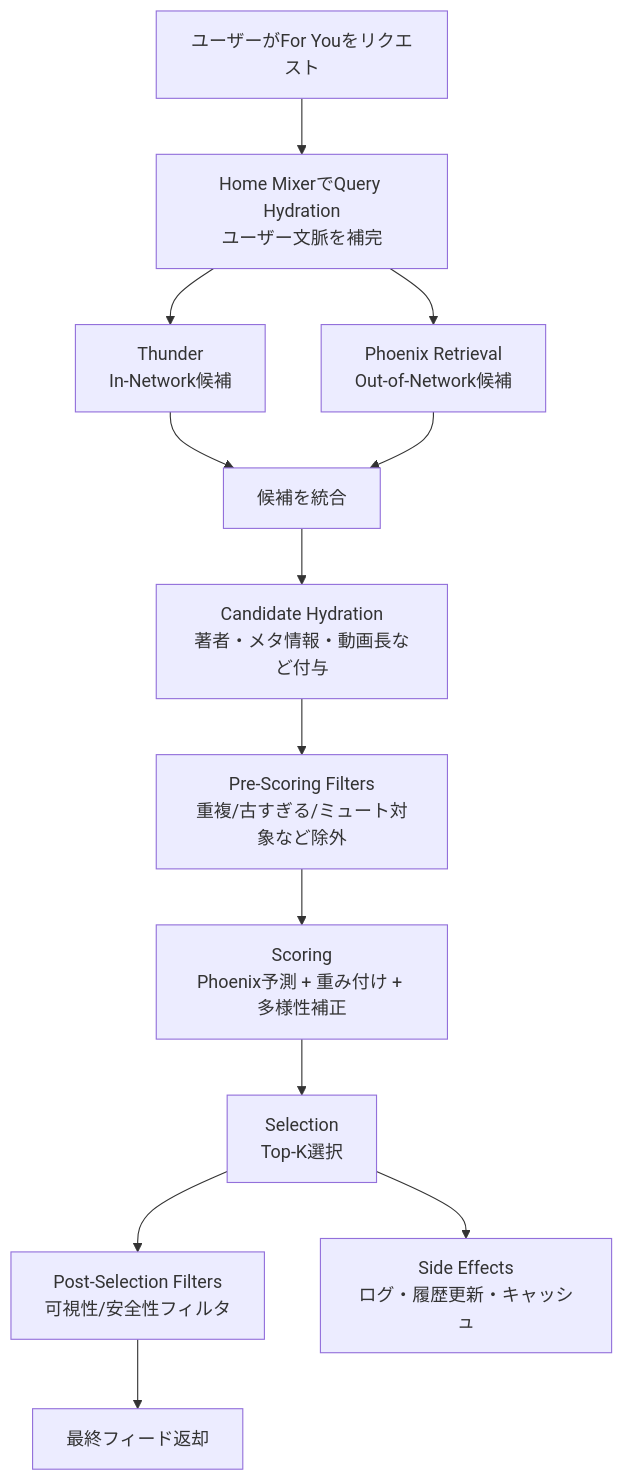
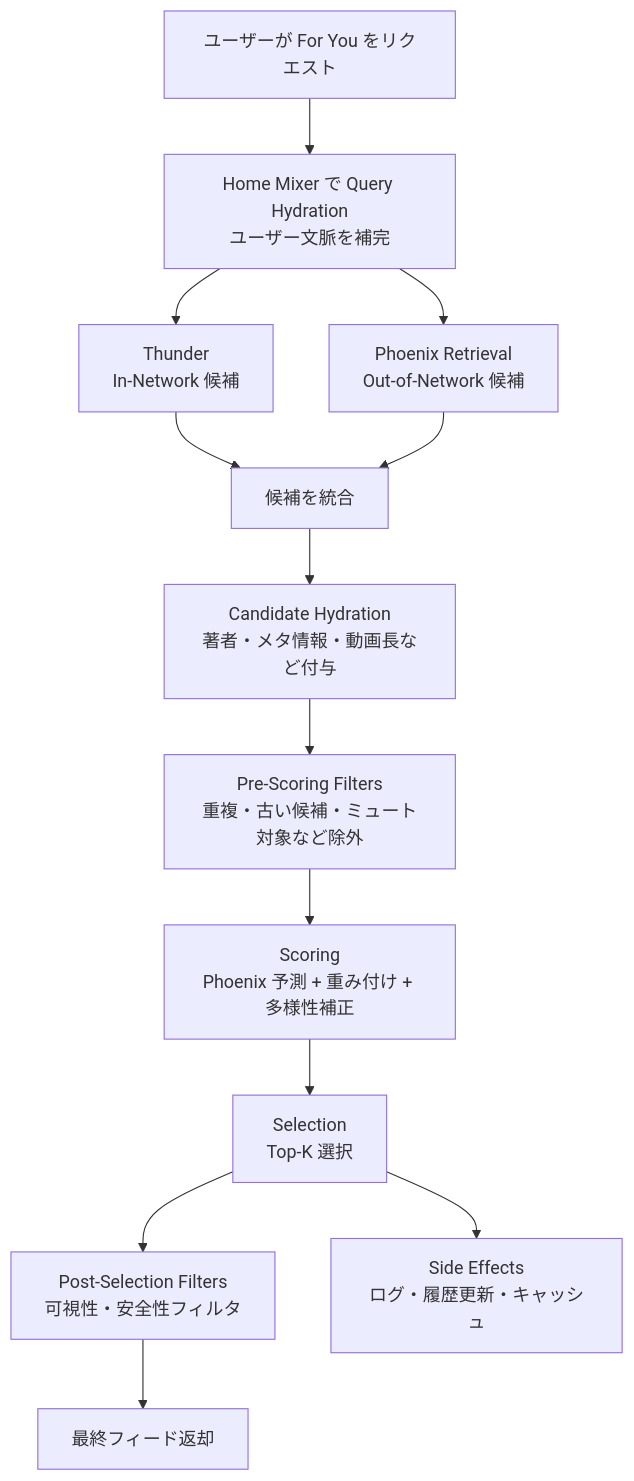
One commit to royunder84/x-algorithm changed the first of 3 diagrams in FOR_YOU_ALGORITHM_JA.md. Above: the diagram before and after it, drawn with Mermaid. The commit also changed other lines of this file, not shown here.

First line of the commit message:
docs: fix mermaid flowchart syntax in Japanese guide

````diff
--- a/FOR_YOU_ALGORITHM_JA.md
+++ b/FOR_YOU_ALGORITHM_JA.md
@@ -10,15 +10,15 @@
 ```mermaid
 flowchart TD
-    A[ユーザーがFor Youをリクエスト] --> B[Home MixerでQuery Hydration<br/>ユーザー文脈を補完]
-    B --> C1[Thunder<br/>In-Network候補]
-    B --> C2[Phoenix Retrieval<br/>Out-of-Network候補]
-    C1 --> D[候補を統合]
+    A["ユーザーが For You をリクエスト"] --> B["Home Mixer で Query Hydration<br/>ユーザー文脈を補完"]
+    B --> C1["Thunder<br/>In-Network 候補"]
+    B --> C2["Phoenix Retrieval<br/>Out-of-Network 候補"]
+    C1 --> D["候補を統合"]
     C2 --> D
-    D --> E[Candidate Hydration<br/>著者・メタ情報・動画長など付与]
-    E --> F[Pre-Scoring Filters<br/>重複/古すぎる/ミュート対象など除外]
-    F --> G[Scoring<br/>Phoenix予測 + 重み付け + 多様性補正]
-    G --> H[Selection<br/>Top-K選択]
-    H --> I[Post-Selection Filters<br/>可視性/安全性フィルタ]
-    I --> J[最終フィード返却]
-    H --> K[Side Effects<br/>ログ・履歴更新・キャッシュ]
+    D --> E["Candidate Hydration<br/>著者・メタ情報・動画長など付与"]
+    E --> F["Pre-Scoring Filters<br/>重複・古い候補・ミュート対象など除外"]
+    F --> G["Scoring<br/>Phoenix 予測 + 重み付け + 多様性補正"]
+    G --> H["Selection<br/>Top-K 選択"]
+    H --> I["Post-Selection Filters<br/>可視性・安全性フィルタ"]
+    I --> J["最終フィード返却"]
+    H --> K["Side Effects<br/>ログ・履歴更新・キャッシュ"]
 ```
````
